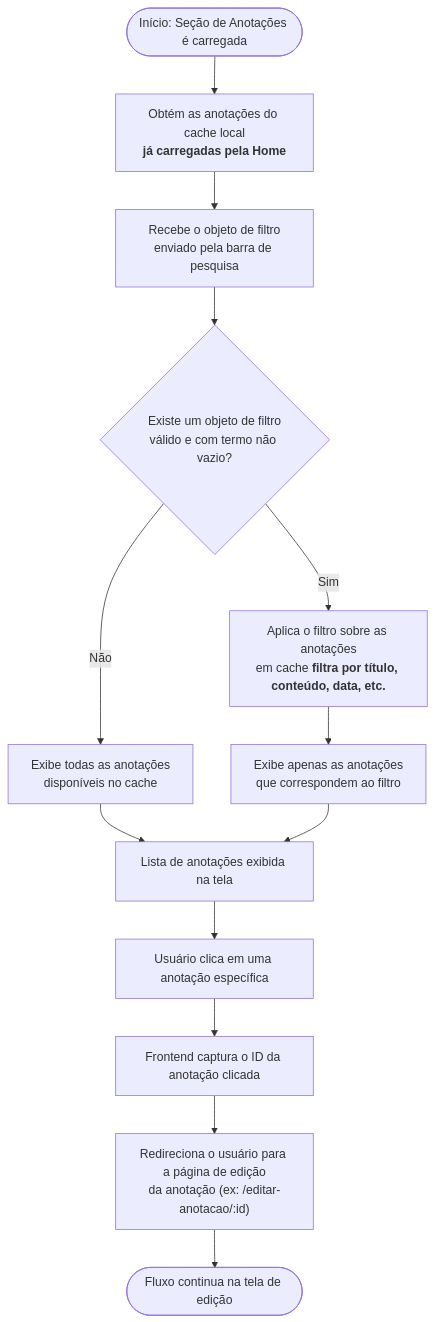
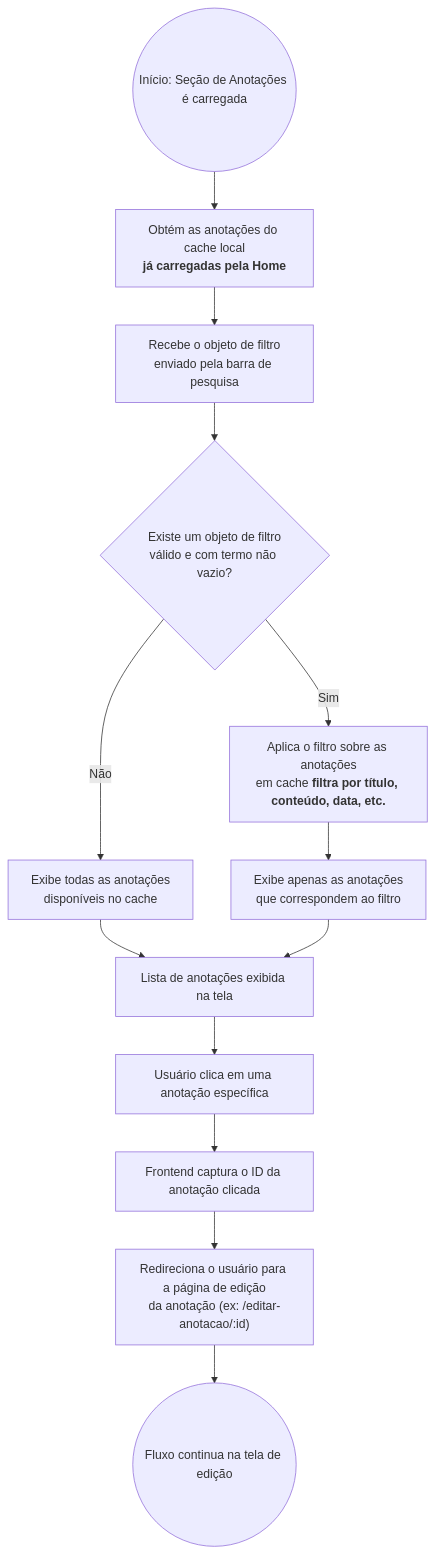
The fifth of 14 diagrams in CONTEXT.md (AsaphMoraes/AnotaAqui), drawn with Mermaid before and after one commit. The commit also changed other lines of this file, not shown here.

````diff
--- a/CONTEXT.md
+++ b/CONTEXT.md
@@ -129,18 +138,18 @@
 ```mermaid
 flowchart TB
-    A([Início: Seção de Anotações é carregada]) --> B[Obtém as anotações do cache local<br><strong>já carregadas pela Home</strong>]
+    A((Início: Seção de Anotações é carregada)) --> B[Obtém as anotações do cache local<br><strong>já carregadas pela Home</strong>]
     B --> C[Recebe o objeto de filtro<br>enviado pela barra de pesquisa]
     C --> D{Existe um objeto de filtro<br>válido e com termo não vazio?}
     
     D -->|Não| E[Exibe todas as anotações<br>disponíveis no cache]
     D -->|Sim| F[Aplica o filtro sobre as anotações<br>em cache <strong>filtra por título, conteúdo, data, etc.</strong>]
     F --> G[Exibe apenas as anotações<br>que correspondem ao filtro]
     
     E --> H[Lista de anotações exibida na tela]
     G --> H
     
     H --> I[Usuário clica em uma anotação específica]
     I --> J[Frontend captura o ID da anotação clicada]
     J --> K["Redireciona o usuário para a página de edição<br>da anotação (ex: /editar-anotacao/:id)"]
-    K --> L([Fluxo continua na tela de edição])
+    K --> L((Fluxo continua na tela de edição))
 ```
````
